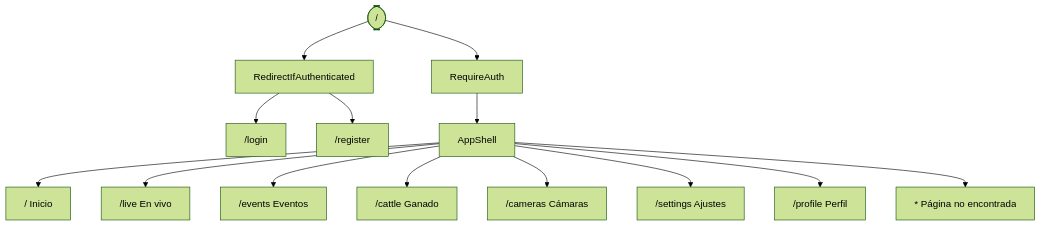
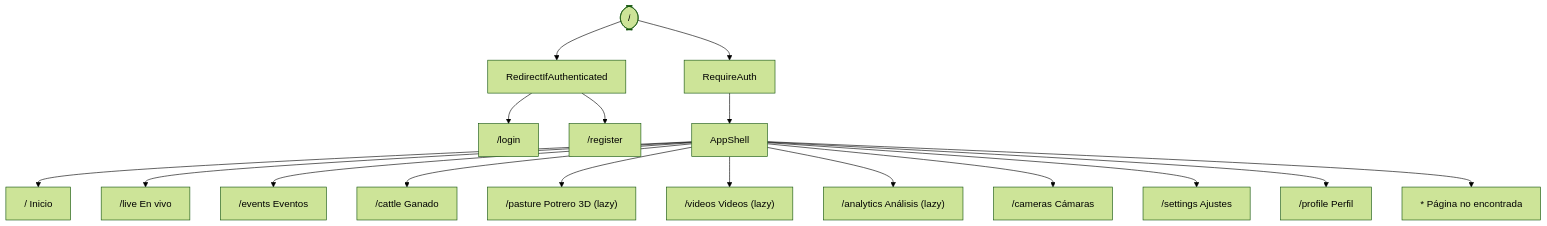
One commit to GUERRREROALEXANDER/fronted-SmartCattle changed the fifth of 8 diagrams in README.md. Above: the diagram before and after it, drawn with Mermaid (forest theme). The commit also changed other lines of this file, not shown here.

Commit message:
docs: document 3D pasture, videos, analytics and motion in the README

````diff
--- a/README.md
+++ b/README.md
@@ -313,16 +321,19 @@
 ```mermaid
 flowchart TB
     root(["/"]) --> pub["RedirectIfAuthenticated"]
     root --> priv["RequireAuth"]
     pub --> login["/login"]
     pub --> register["/register"]
     priv --> shell["AppShell"]
     shell --> d["/ Inicio"]
     shell --> m["/live En vivo"]
     shell --> e["/events Eventos"]
     shell --> c["/cattle Ganado"]
+    shell --> pa["/pasture Potrero 3D (lazy)"]
+    shell --> v["/videos Videos (lazy)"]
+    shell --> an["/analytics Análisis (lazy)"]
     shell --> cam["/cameras Cámaras"]
     shell --> s["/settings Ajustes"]
     shell --> p["/profile Perfil"]
     shell --> nf["* Página no encontrada"]
 ```
````
